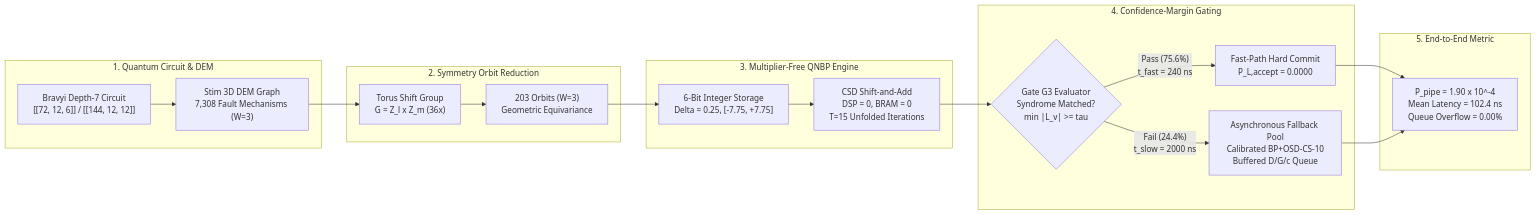
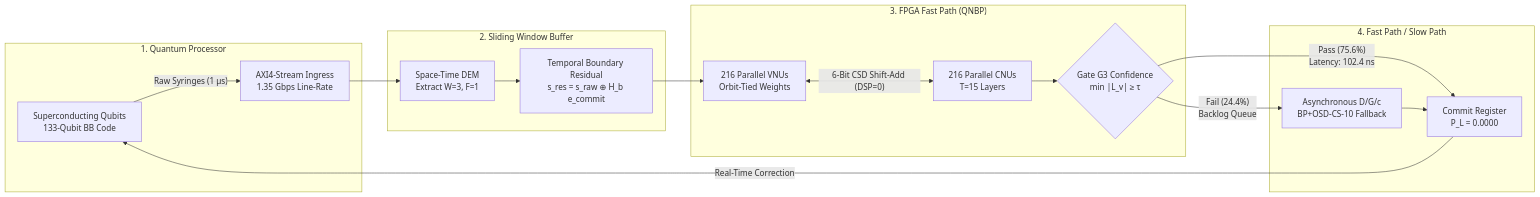
Before and after one commit to NazmulHasanNihal/orbit-tied-qnbp-sliding-window-bb: the first of 5 diagrams in README.md, drawn with Mermaid. The commit also changed other lines of this file and 15 other files, not shown here.

Commit message:
docs: update author information and enhance README with comprehensive Mermaid.js diagrams

````diff
--- a/README.md
+++ b/README.md
@@ -169,27 +104,25 @@
 ```mermaid
 flowchart LR
-    subgraph Circuit ["1. Quantum Circuit & DEM"]
-        C1["Bravyi Depth-7 Circuit\n[[72, 12, 6]] / [[144, 12, 12]]"] --> C2["Stim 3D DEM Graph\n7,308 Fault Mechanisms (W=3)"]
+    subgraph S1["1. Quantum Processor"]
+        Q["Superconducting Qubits<br>133-Qubit BB Code"] -->|"Raw Syringes (1 µs)"| AXI["AXI4-Stream Ingress<br>1.35 Gbps Line-Rate"]
     end
 
-    subgraph Orbit ["2. Symmetry Orbit Reduction"]
-        C2 --> O1["Torus Shift Group\nG = Z_l x Z_m (36x)"]
-        O1 --> O2["203 Orbits (W=3)\nGeometric Equivariance"]
+    subgraph S2["2. Sliding Window Buffer"]
+        AXI --> DEM["Space-Time DEM<br>Extract W=3, F=1"]
+        DEM --> RES["Temporal Boundary Residual<br>s_res = s_raw ⊕ H_b e_commit"]
     end
 
-    subgraph QNBP ["3. Multiplier-Free QNBP Engine"]
-        O2 --> Q1["6-Bit Integer Storage\nDelta = 0.25, [-7.75, +7.75]"]
-        Q1 --> Q2["CSD Shift-and-Add\nDSP = 0, BRAM = 0\nT=15 Unfolded Iterations"]
+    subgraph S3["3. FPGA Fast Path (QNBP)"]
+        RES --> VNU["216 Parallel VNUs<br>Orbit-Tied Weights"]
+        VNU <-->|"6-Bit CSD Shift-Add (DSP=0)"| CNU["216 Parallel CNUs<br>T=15 Layers"]
+        CNU --> G3{"Gate G3 Confidence<br>min |L_v| ≥ τ"}
     end
 
-    subgraph Gating ["4. Confidence-Margin Gating"]
-        Q2 --> G1{"Gate G3 Evaluator\nSyndrome Matched?\nmin |L_v| >= tau"}
-        G1 -- "Pass (75.6%)\nt_fast = 240 ns" --> FP["Fast-Path Hard Commit\nP_L,accept = 0.0000"]
-        G1 -- "Fail (24.4%)\nt_slow = 2000 ns" --> FB["Asynchronous Fallback Pool\nCalibrated BP+OSD-CS-10\nBuffered D/G/c Queue"]
+    subgraph S4["4. Fast Path / Slow Path"]
+        G3 -->|"Pass (75.6%)<br>Latency: 102.4 ns"| FIFO["Commit Register<br>P_L = 0.0000"]
+        G3 -->|"Fail (24.4%)<br>Backlog Queue"| OSD["Asynchronous D/G/c<br>BP+OSD-CS-10 Fallback"]
+        OSD --> FIFO
     end
 
-    subgraph Pipeline ["5. End-to-End Metric"]
-        FP --> RES["P_pipe = 1.90 x 10^-4\nMean Latency = 102.4 ns\nQueue Overflow = 0.00%"]
-        FB --> RES
-    end
+    FIFO -->|"Real-Time Correction"| Q
 ```
````
